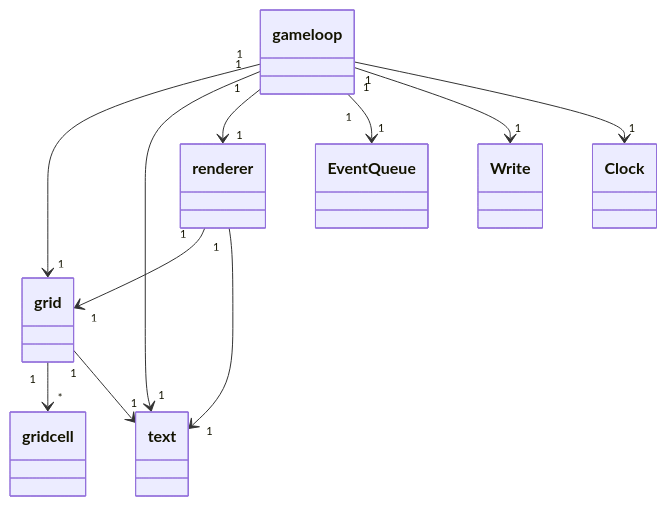
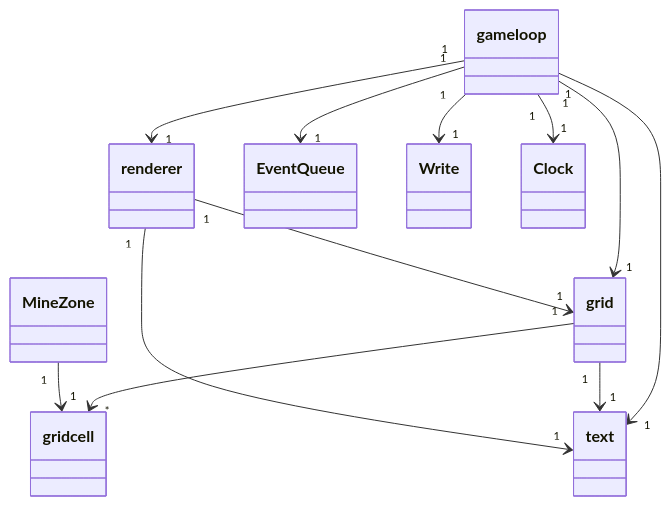
One commit to AnteroVehkaoja/ot-harjoitustyo changed the diagram in documentation/arkkitehtuuri.md. Above: the diagram before and after it, drawn with Mermaid.

````diff
--- a/documentation/arkkitehtuuri.md
+++ b/documentation/arkkitehtuuri.md
@@ -1,13 +1,14 @@
 ```mermaid
  classDiagram
     gameloop "1" --> "1" grid
     gameloop "1" --> "1" text
     gameloop "1" --> "1" renderer
     gameloop "1" --> "1" EventQueue
     gameloop "1" --> "1" Write
     gameloop "1" --> "1" Clock
     grid "1" --> "*" gridcell
     grid "1" --> "1" text
+    MineZone "1" --> "1" gridcell
     renderer "1" --> "1" grid
     renderer "1" --> "1" text
 ```
````
